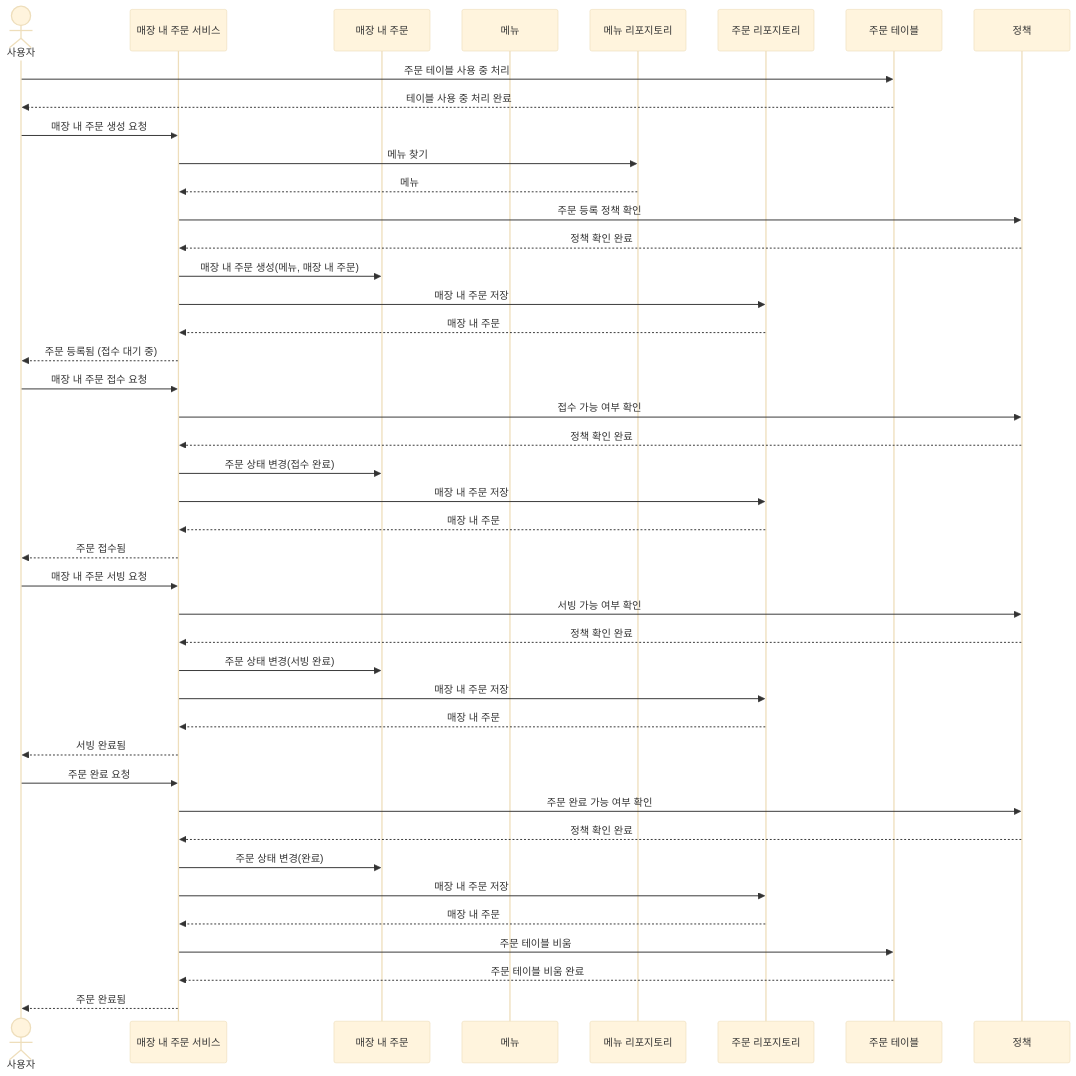
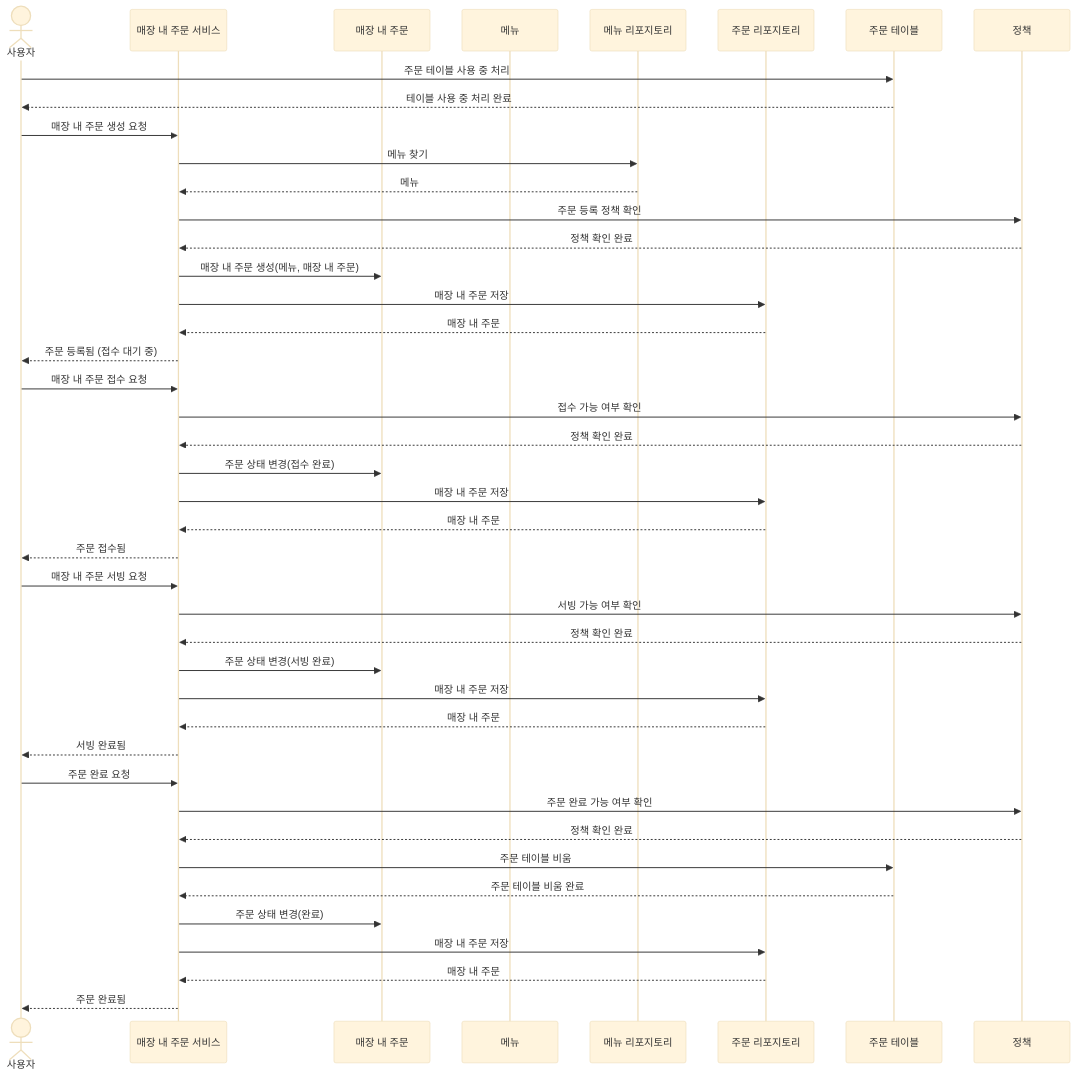
The fifth of 5 diagrams in README.md (ninjasul/ddd-strategic-design), drawn with Mermaid (base theme) before and after one commit. The commit also changed other lines of this file, not shown here.

Commit message:
docs: modify takeout and eat-in order sequence diagrams

````diff
--- a/README.md
+++ b/README.md
@@ -558,50 +558,50 @@
   ```mermaid
     sequenceDiagram
         actor User as 사용자
         participant EatInOrderService as 매장 내 주문 서비스
         participant EatInOrder as 매장 내 주문
         participant Menu as 메뉴
         participant MenuRepository as 메뉴 리포지토리
         participant OrderRepository as 주문 리포지토리
         participant OrderTable as 주문 테이블
         participant Policy as 정책
     
         User->>OrderTable: 주문 테이블 사용 중 처리
         OrderTable-->>User: 테이블 사용 중 처리 완료
     
         User->>EatInOrderService: 매장 내 주문 생성 요청
         EatInOrderService->>MenuRepository: 메뉴 찾기
         MenuRepository-->>EatInOrderService: 메뉴
         EatInOrderService->>Policy: 주문 등록 정책 확인
         Policy-->>EatInOrderService: 정책 확인 완료
         EatInOrderService->>EatInOrder: 매장 내 주문 생성(메뉴, 매장 내 주문)
         EatInOrderService->>OrderRepository: 매장 내 주문 저장
         OrderRepository-->>EatInOrderService: 매장 내 주문
         EatInOrderService-->>User: 주문 등록됨 (접수 대기 중)
     
         User->>EatInOrderService: 매장 내 주문 접수 요청
         EatInOrderService->>Policy: 접수 가능 여부 확인
         Policy-->>EatInOrderService: 정책 확인 완료
         EatInOrderService->>EatInOrder: 주문 상태 변경(접수 완료)
         EatInOrderService->>OrderRepository: 매장 내 주문 저장
         OrderRepository-->>EatInOrderService: 매장 내 주문
         EatInOrderService-->>User: 주문 접수됨
     
         User->>EatInOrderService: 매장 내 주문 서빙 요청
         EatInOrderService->>Policy: 서빙 가능 여부 확인
         Policy-->>EatInOrderService: 정책 확인 완료
         EatInOrderService->>EatInOrder: 주문 상태 변경(서빙 완료)
         EatInOrderService->>OrderRepository: 매장 내 주문 저장
         OrderRepository-->>EatInOrderService: 매장 내 주문
         EatInOrderService-->>User: 서빙 완료됨
     
         User->>EatInOrderService: 주문 완료 요청
         EatInOrderService->>Policy: 주문 완료 가능 여부 확인
         Policy-->>EatInOrderService: 정책 확인 완료
+        EatInOrderService->>OrderTable: 주문 테이블 비움
+        OrderTable-->>EatInOrderService: 주문 테이블 비움 완료
         EatInOrderService->>EatInOrder: 주문 상태 변경(완료)
         EatInOrderService->>OrderRepository: 매장 내 주문 저장
         OrderRepository-->>EatInOrderService: 매장 내 주문
-        EatInOrderService->>OrderTable: 주문 테이블 비움
-        OrderTable-->>EatInOrderService: 주문 테이블 비움 완료
         EatInOrderService-->>User: 주문 완료됨
     ```
````
